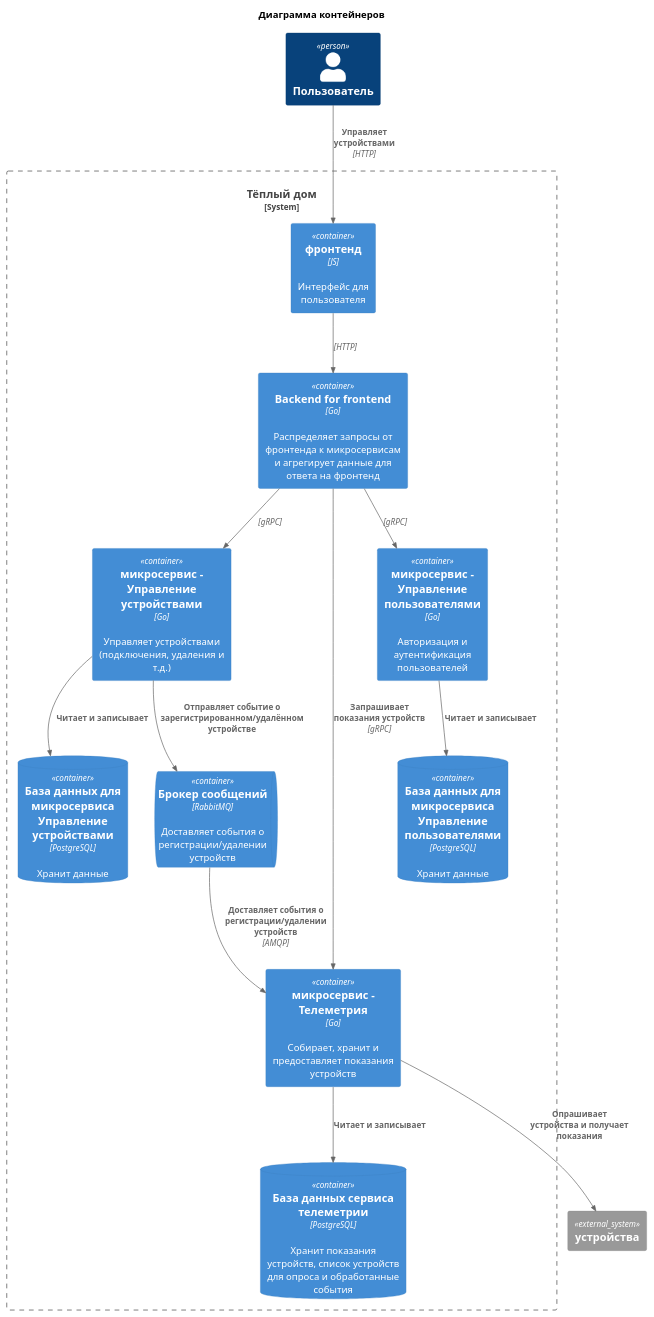
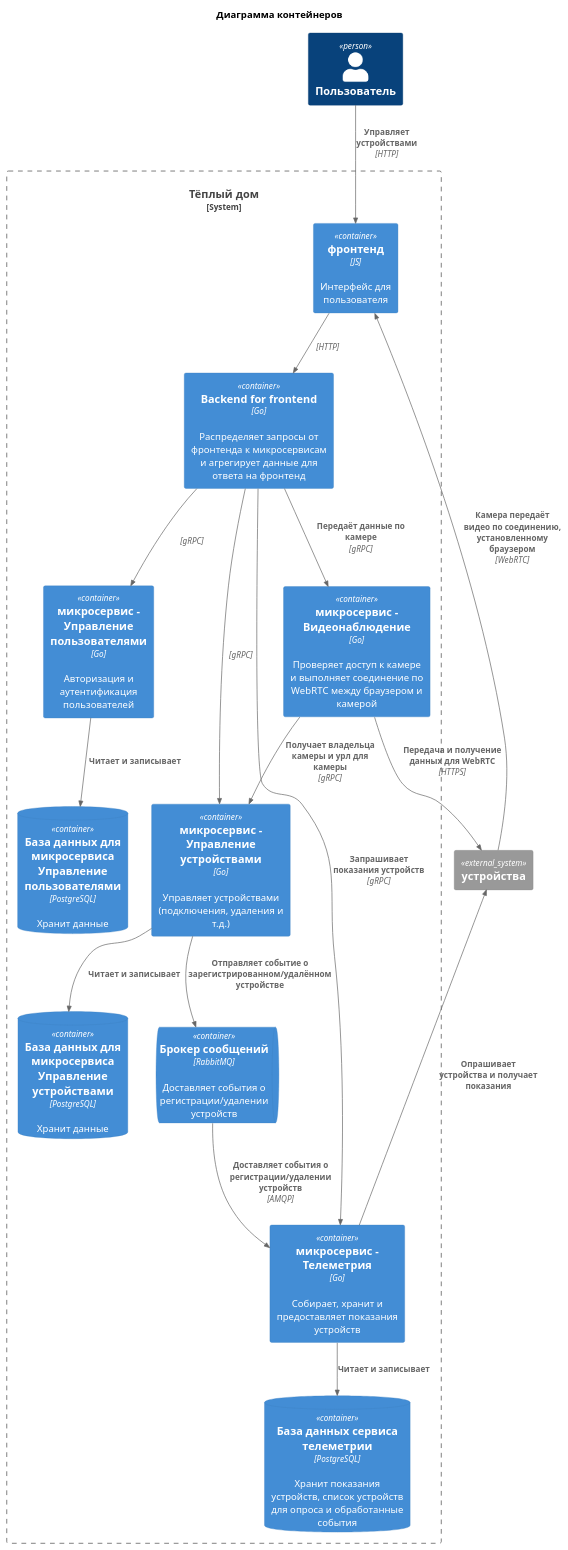
Before and after one commit to NikolosHGW/architecture-pro-warmhouse: the diagram in schemas/2/container.puml, drawn with PlantUML. The commit also changed 1 other file, not shown here.

Commit message:
Задание 2: Диаграмма компонентов - Видеонаблюдение

```diff
--- a/schemas/2/container.puml
+++ b/schemas/2/container.puml
@@ -1,43 +1,49 @@
 @startuml
 !include <C4/C4_Container>
 
 title Диаграмма контейнеров
 
 Person(user, "Пользователь")
 
 System_Boundary(warmhouse, "Тёплый дом") {
 
     Container(web_client, "фронтенд", "JS", "Интерфейс для пользователя")
 
     Container(bff, "Backend for frontend", "Go", "Распределяет запросы от фронтенда к микросервисам и агрегирует данные для ответа на фронтенд")
 
     Container(devices, "микросервис - Управление устройствами", "Go", "Управляет устройствами (подключения, удаления и т.д.)")
 
     ContainerDb(devices_db, "База данных для микросервиса Управление устройствами", "PostgreSQL", "Хранит данные")
 
     Container(telemetry, "микросервис - Телеметрия", "Go", "Собирает, хранит и предоставляет показания устройств")
 
     ContainerDb(telemetry_db, "База данных сервиса телеметрии", "PostgreSQL", "Хранит показания устройств, список устройств для опроса и обработанные события")
 
+    Container(video, "микросервис - Видеонаблюдение", "Go", "Проверяет доступ к камере и выполняет соединение по WebRTC между браузером и камерой")
+
     Container(auth, "микросервис - Управление пользователями", "Go", "Авторизация и аутентификация пользователей")
 
     ContainerDb(auth_db, "База данных для микросервиса Управление пользователями", "PostgreSQL", "Хранит данные")
 
     ContainerQueue(rabbitmq, "Брокер сообщений", "RabbitMQ", "Доставляет события о регистрации/удалении устройств")
 }
 
 System_Ext("user_devices", "устройства")
 
 Rel(user, web_client, "Управляет устройствами", "HTTP")
 Rel(web_client, bff, "", "HTTP")
 Rel(bff, devices, "", "gRPC")
 Rel(bff, telemetry, "Запрашивает показания устройств", "gRPC")
+Rel(bff, video, "Передаёт данные по камере", "gRPC")
+Rel(video, devices, "Получает владельца камеры и урл для камеры", "gRPC")
+Rel(video, user_devices, "Передача и получение данных для WebRTC", "HTTPS")
+Rel(user_devices, web_client, "Камера передаёт видео по соединению, установленному браузером", "WebRTC")
 Rel(bff, auth, "", "gRPC")
 Rel(devices, devices_db, "Читает и записывает")
 Rel(telemetry, telemetry_db, "Читает и записывает")
 Rel(auth, auth_db, "Читает и записывает")
 Rel(telemetry, user_devices, "Опрашивает устройства и получает показания")
 Rel(devices, rabbitmq, "Отправляет событие о зарегистрированном/удалённом устройстве")
 Rel(rabbitmq, telemetry, "Доставляет события о регистрации/удалении устройств", "AMQP")
 
 @enduml
```
